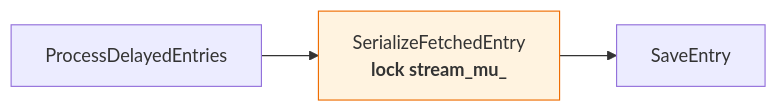
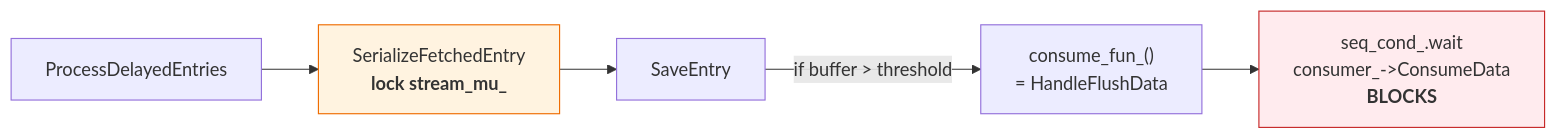
One commit to dragonflydb/dragonfly changed the third of 5 diagrams in docs/shard-serialization.md. Above: the diagram before and after it, drawn with Mermaid. The commit also changed other lines of this file, not shown here.

Commit message:
docs: add SerializeFetchedEntry to HandleFlushData hazard diagram
SerializeFetchedEntry also calls SaveEntry under stream_mu_ and can
trigger PushToConsumerIfNeeded -> HandleFlushData, so it belongs in
both the Path 2 individual diagram (now shows the blocking path) and
the combined "All Code Paths That Reach HandleFlushData" hazard diagram.

Agent-Logs-Url: https://github.com/dragonflydb/dragonfly/sessions/c64c121a-4c05-4b86-be57-26b320582c4c

````diff
--- a/docs/shard-serialization.md
+++ b/docs/shard-serialization.md
@@ -331,8 +331,12 @@
 ```mermaid
 flowchart LR
   A[ProcessDelayedEntries] --> B["SerializeFetchedEntry<br/><b>lock stream_mu_</b>"]
   B --> C[SaveEntry]
+  C -->|"if buffer > threshold"| D["consume_fun_()<br/>= HandleFlushData"]
+  D --> E["seq_cond_.wait<br/>consumer_->ConsumeData<br/><b>BLOCKS</b>"]
 
   classDef lock fill:#FFF3E0,stroke:#EF6C00;
+  classDef block fill:#FFEBEE,stroke:#C62828;
   class B lock;
+  class E block;
 ```
````
